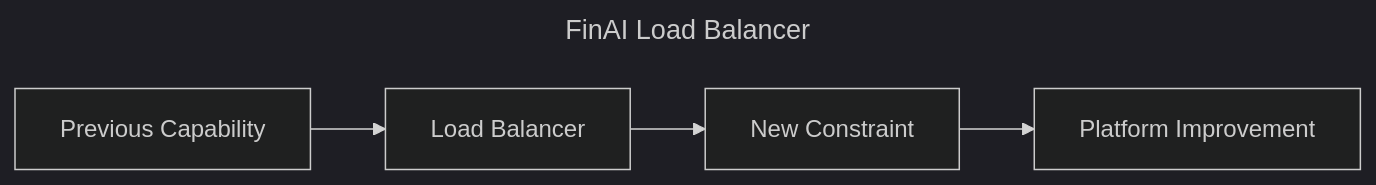
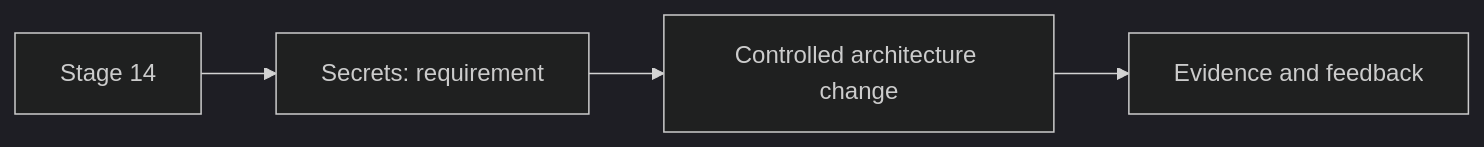
Before and after one commit to m1mohamad/devops-sre-prep: diagram 15 of 30 in docs/journey/index.md, drawn with Mermaid (dark theme). The commit also changed other lines of this file and 100 other files, not shown here.

````diff
--- a/docs/journey/index.md
+++ b/docs/journey/index.md
@@ -177,7 +302,6 @@
 ```mermaid
----
-title: FinAI Load Balancer
----
 flowchart LR
-  A[Previous Capability] --> B[Load Balancer] --> C[New Constraint] --> D[Platform Improvement]
+  S15[Stage 14] --> R15[Secrets: requirement]
+  R15 --> C15[Controlled architecture change]
+  C15 --> E15[Evidence and feedback]
 ```
````
